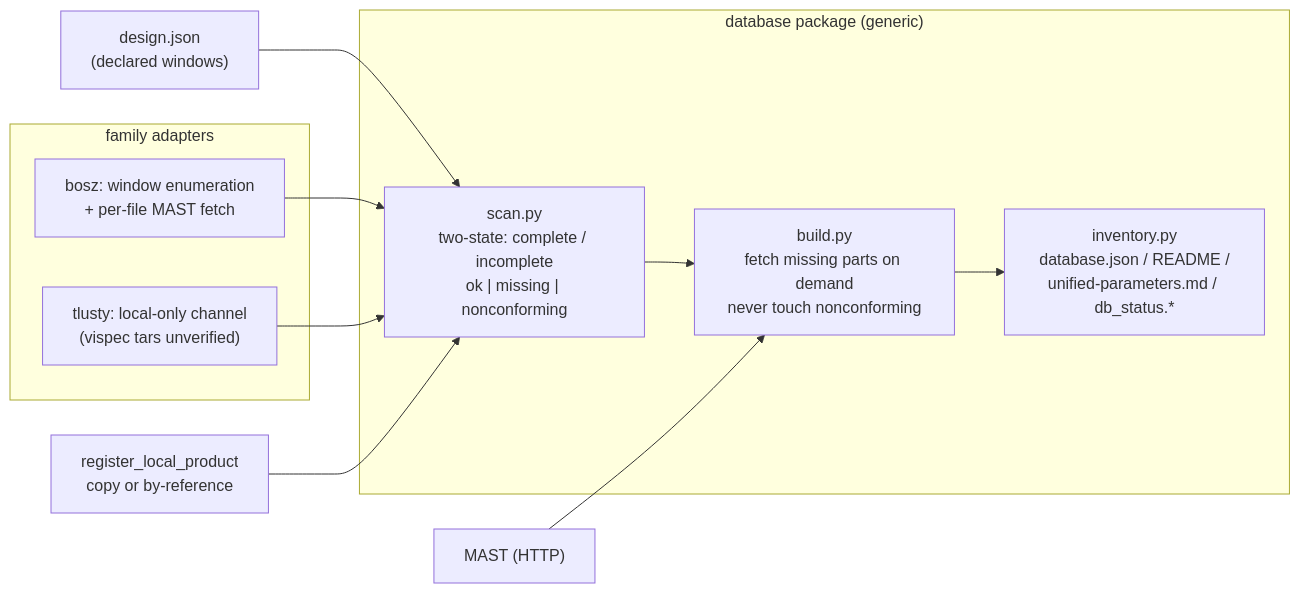
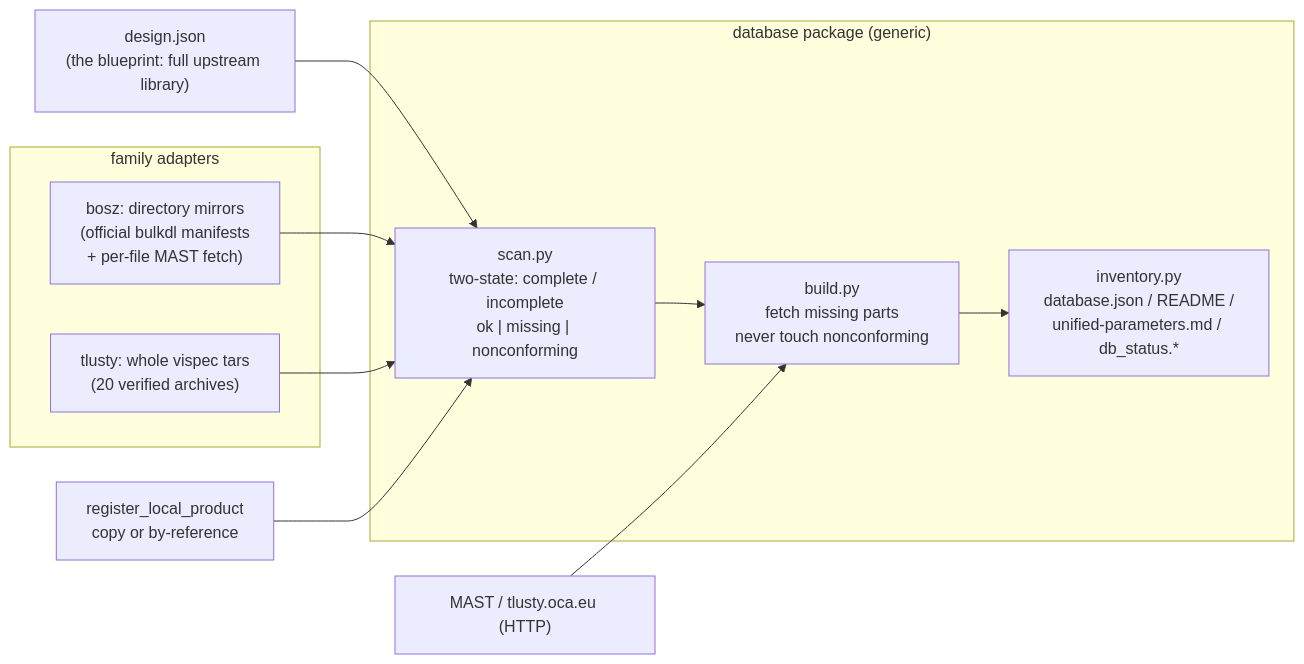
The second of 2 diagrams in docs/architecture.md (astro-jingtao/stellarlib), drawn with Mermaid before and after one commit. The commit also changed other lines of this file and 7 other files, not shown here.

First line of the commit message:
docs: state the mirror model plainly across architecture, README, coverage

````diff
--- a/docs/architecture.md
+++ b/docs/architecture.md
@@ -111,19 +111,19 @@
 ```mermaid
 flowchart LR
-    DECL["design.json<br/>(declared windows)"] --> SCAN
+    DECL["design.json<br/>(the blueprint: full upstream library)"] --> SCAN
     subgraph CORE["database package (generic)"]
         SCAN["scan.py<br/>two-state: complete / incomplete<br/>ok | missing | nonconforming"]
-        BUILD["build.py<br/>fetch missing parts on demand<br/>never touch nonconforming"]
+        BUILD["build.py<br/>fetch missing parts<br/>never touch nonconforming"]
         INV["inventory.py<br/>database.json / README /<br/>unified-parameters.md / db_status.*"]
     end
     subgraph ADAPT["family adapters"]
-        BA["bosz: window enumeration<br/>+ per-file MAST fetch"]
-        TA["tlusty: local-only channel<br/>(vispec tars unverified)"]
+        BA["bosz: directory mirrors<br/>(official bulkdl manifests<br/>+ per-file MAST fetch)"]
+        TA["tlusty: whole vispec tars<br/>(20 verified archives)"]
     end
     REG["register_local_product<br/>copy or by-reference"]
     SCAN --> BUILD --> INV
     BA --> SCAN
     TA --> SCAN
     REG --> SCAN
-    NET["MAST (HTTP)"] --> BUILD
+    NET["MAST / tlusty.oca.eu (HTTP)"] --> BUILD
 ```
````
